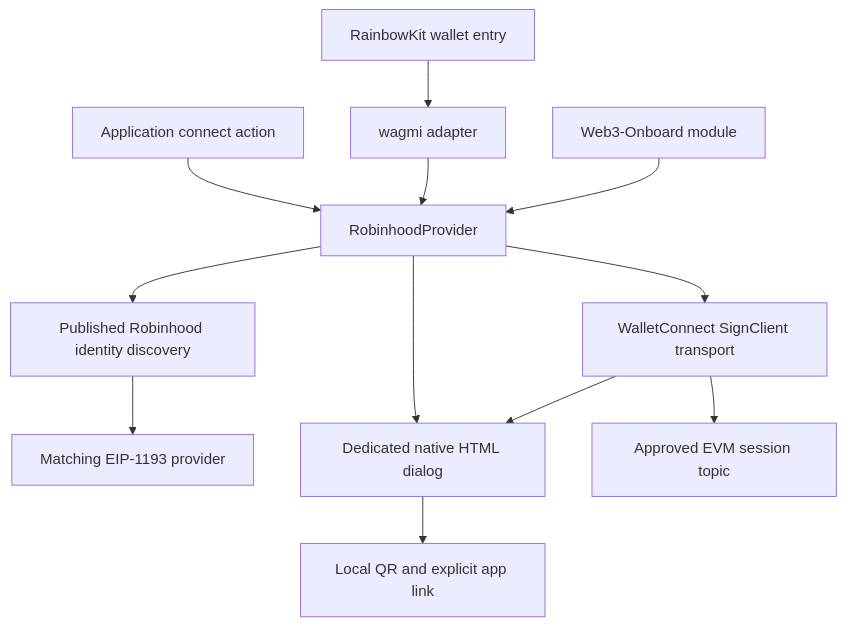
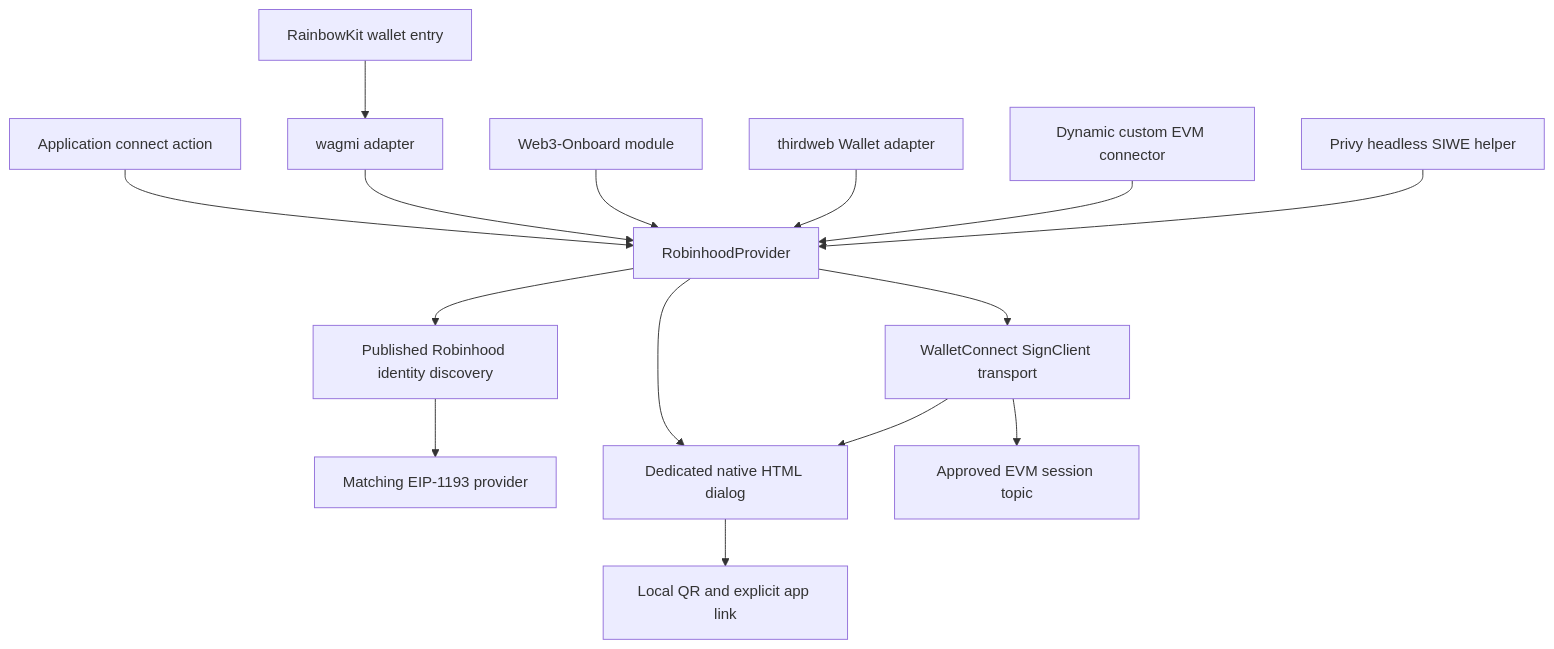
The diagram in docs/architecture.md (vexi-v1/robinhood-wallet-connector), drawn with Mermaid before and after one commit. The commit also changed other lines of this file and 127 other files, not shown here.

````diff
--- a/docs/architecture.md
+++ b/docs/architecture.md
@@ -7,14 +7,17 @@
 ```mermaid
 flowchart TD
   App[Application connect action] --> Core[RobinhoodProvider]
   Wagmi[wagmi adapter] --> Core
   RainbowKit[RainbowKit wallet entry] --> Wagmi
   Onboard[Web3-Onboard module] --> Core
+  Thirdweb[thirdweb Wallet adapter] --> Core
+  Dynamic[Dynamic custom EVM connector] --> Core
+  Privy[Privy headless SIWE helper] --> Core
   Core --> Discovery[Published Robinhood identity discovery]
   Discovery --> Injected[Matching EIP-1193 provider]
   Core --> Remote[WalletConnect SignClient transport]
   Core --> Dialog[Dedicated native HTML dialog]
   Remote --> Dialog
   Dialog --> QR[Local QR and explicit app link]
   Remote --> Session[Approved EVM session topic]
 ```
````
